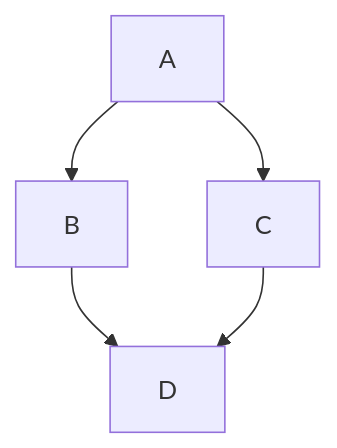
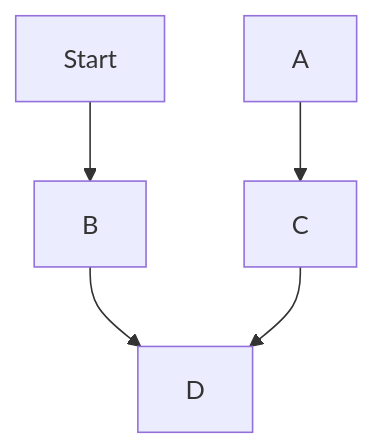
The diagram in README.md (zhangxiangna/CreativeMakingFinalProject), drawn with Mermaid before and after one commit. The commit also changed other lines of this file, not shown here.

````diff
--- a/README.md
+++ b/README.md
@@ -3,7 +3,7 @@
 ```mermaid
   flowchart  TD;
-      A-->B;
+      Start-->B;
       A-->C;
       B-->D;
       C-->D;
 ```
````
